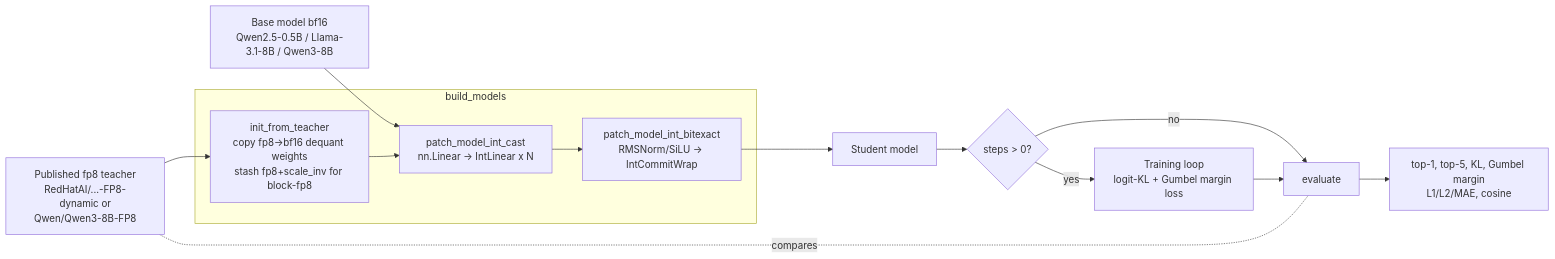
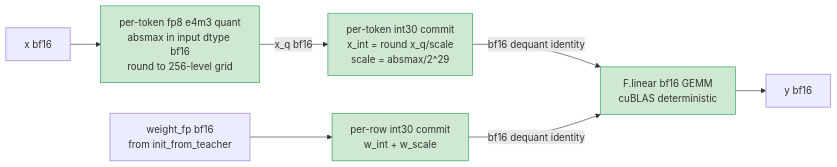
Before and after one commit to derpyplops/difr-expt: the second of 5 diagrams in experiments/int-emulates-fp/reports/pipeline.md, drawn with Mermaid. The commit also changed other lines of this file, not shown here.

Commit message:
int-emulates-fp: rewrite pipeline diagrams — per-model, drop training

````diff
--- a/experiments/int-emulates-fp/reports/pipeline.md
+++ b/experiments/int-emulates-fp/reports/pipeline.md
@@ -8,20 +58,12 @@
 ```mermaid
 flowchart LR
-  T[Published fp8 teacher<br/>RedHatAI/...-FP8-dynamic or<br/>Qwen/Qwen3-8B-FP8]
-  B[Base model bf16<br/>Qwen2.5-0.5B / Llama-3.1-8B / Qwen3-8B]
-  T --> Init
-  B --> Patch
-  subgraph BUILD[build_models]
-    Init[init_from_teacher<br/>copy fp8→bf16 dequant weights<br/>stash fp8+scale_inv for block-fp8]
-    Patch[patch_model_int_cast<br/>nn.Linear → IntLinear x N]
-    Wrap[patch_model_int_bitexact<br/>RMSNorm/SiLU → IntCommitWrap]
-    Init --> Patch --> Wrap
-  end
-  Wrap --> S[Student model]
-  S --> Loop{steps > 0?}
-  Loop -- yes --> Train[Training loop<br/>logit-KL + Gumbel margin loss]
-  Loop -- no --> Eval[evaluate]
-  Train --> Eval
-  Eval --> M[top-1, top-5, KL, Gumbel margin<br/>L1/L2/MAE, cosine]
-  Eval -.compares.- T
+  x[x bf16] --> A1[per-token fp8 e4m3 quant<br/>absmax in input dtype bf16<br/>round to 256-level grid]
+  A1 -- x_q bf16 --> Q1[per-token int30 commit<br/>x_int = round x_q/scale<br/>scale = absmax/2^29]
+  W[weight_fp bf16<br/>from init_from_teacher] --> Q2[per-row int30 commit<br/>w_int + w_scale]
+  Q1 -- bf16 dequant identity --> FL[F.linear bf16 GEMM<br/>cuBLAS deterministic]
+  Q2 -- bf16 dequant identity --> FL
+  FL --> y[y bf16]
+
+  classDef path fill:#cfe8d2,stroke:#1f9b54
+  class A1,Q1,Q2,FL path
 ```
````
